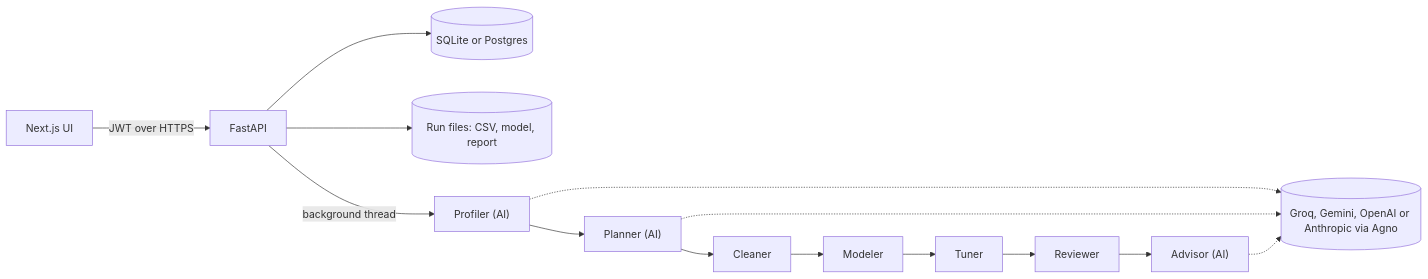
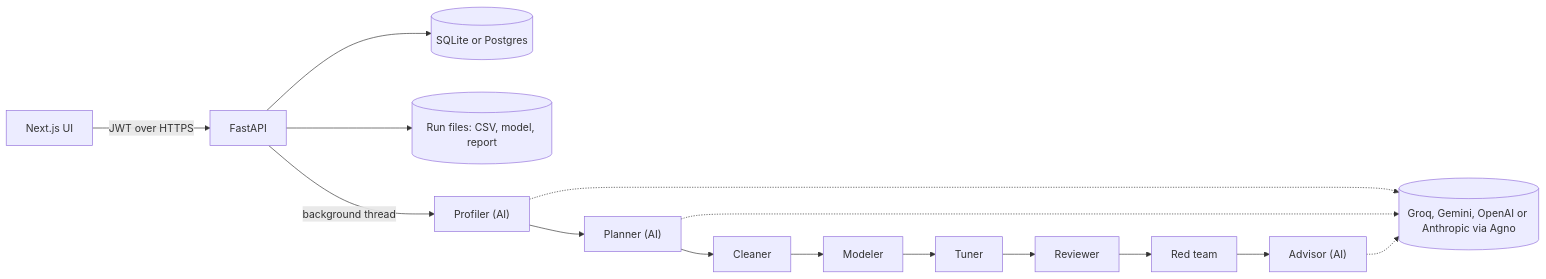
The diagram in README.md (amisha-ranjan34/data_science_team), drawn with Mermaid before and after one commit. The commit also changed other lines of this file and 19 other files, not shown here.

````diff
--- a/README.md
+++ b/README.md
@@ -16,16 +19,17 @@
 ```mermaid
 flowchart LR
     UI["Next.js UI"] -->|"JWT over HTTPS"| API["FastAPI"]
     API --> DB[("SQLite or Postgres")]
     API --> FS[("Run files: CSV, model, report")]
     API -->|"background thread"| P["Profiler (AI)"]
     P --> PL["Planner (AI)"]
     PL --> C["Cleaner"]
     C --> M["Modeler"]
     M --> T["Tuner"]
     T --> R["Reviewer"]
-    R --> A["Advisor (AI)"]
+    R --> RT["Red team"]
+    RT --> A["Advisor (AI)"]
     P -.-> LLM[("Groq, Gemini, OpenAI or Anthropic via Agno")]
     PL -.-> LLM
     A -.-> LLM
 ```
````
